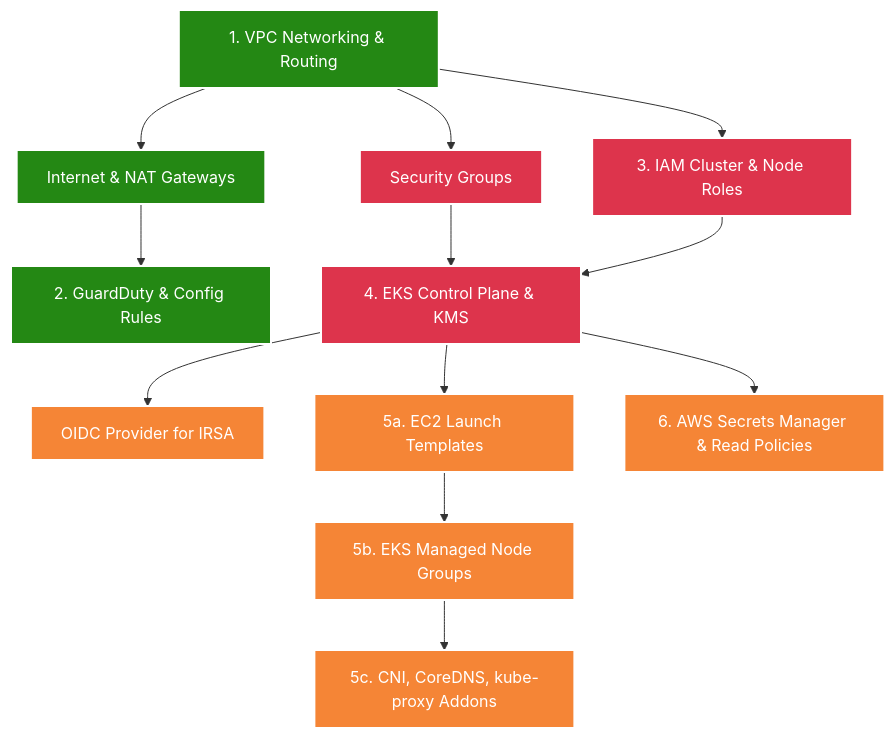
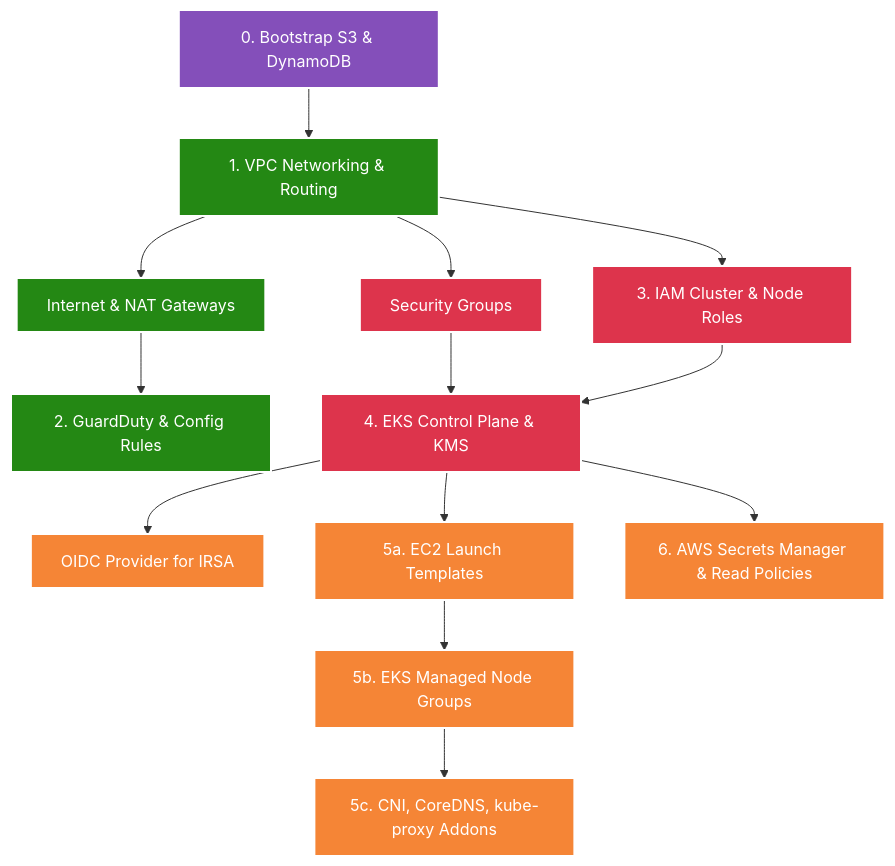
The eighth of 8 diagrams in architecture-deployment-guide.md (selvakumarperumal/EKS_k8s_custom_template_with_Terraform), drawn with Mermaid before and after one commit. The commit also changed other lines of this file and 2 other files, not shown here.

Commit message:
docs: add EKS architecture deployment guide and bootstrap module for Terraform state locking

````diff
--- a/architecture-deployment-guide.md
+++ b/architecture-deployment-guide.md
@@ -297,29 +339,33 @@
 ```mermaid
 flowchart TD
     classDef init fill:#248814,stroke:#fff,stroke-width:2px,color:#fff;
     classDef core fill:#DD344C,stroke:#fff,stroke-width:2px,color:#fff;
     classDef dep fill:#F58536,stroke:#fff,stroke-width:2px,color:#fff;
+    classDef boot fill:#844FBA,stroke:#fff,stroke-width:2px,color:#fff;
 
-    VPC[1. VPC Networking & Routing] --> SG[Security Groups]
+    BOOT[0. Bootstrap S3 & DynamoDB] --> VPC[1. VPC Networking & Routing]
+    
+    VPC --> SG[Security Groups]
     VPC --> IGW[Internet & NAT Gateways]
     
     IGW --> SEC[2. GuardDuty & Config Rules]
 
     VPC --> IAM[3. IAM Cluster & Node Roles]
     
     SG --> EKS[4. EKS Control Plane & KMS]
     IAM --> EKS
     
     EKS --> OIDC[OIDC Provider for IRSA]
     
     EKS --> LT[5a. EC2 Launch Templates]
     LT --> NODES[5b. EKS Managed Node Groups]
     
     NODES --> ADDONS[5c. CNI, CoreDNS, kube-proxy Addons]
     
     EKS --> SM[6. AWS Secrets Manager & Read Policies]
 
+    class BOOT boot;
     class VPC,IGW,SEC init;
     class SG,IAM,EKS core;
     class OIDC,LT,NODES,ADDONS,SM dep;
 ```
````
